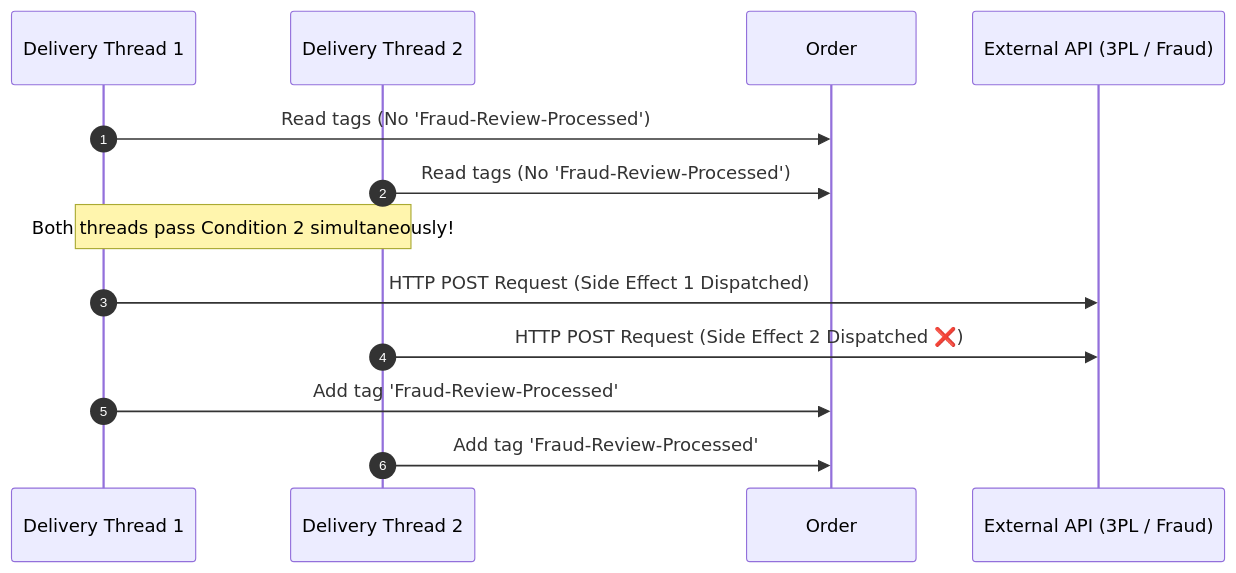
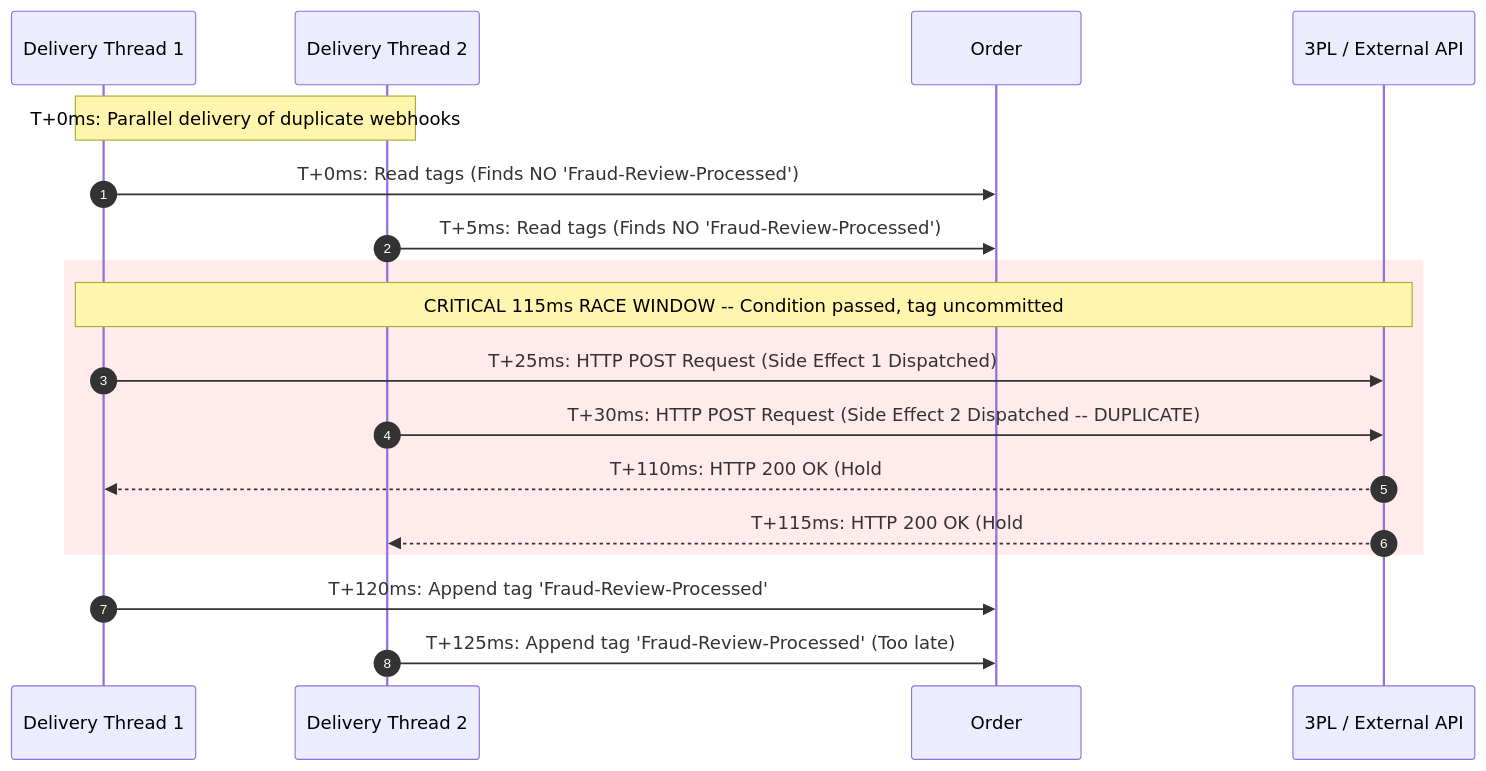
The fourth of 7 diagrams in domain-4-business-automation/MasterDossier-Domain4-WebhookAutomationAndFlowTriage.md (riovicsusas/portfolio), drawn with Mermaid before and after one commit. The commit also changed other lines of this file, not shown here.

Commit message:
domain 4 6.1 mermaid fix

````diff
--- a/domain-4-business-automation/MasterDossier-Domain4-WebhookAutomationAndFlowTriage.md
+++ b/domain-4-business-automation/MasterDossier-Domain4-WebhookAutomationAndFlowTriage.md
@@ -283,16 +283,23 @@
 ```mermaid
 sequenceDiagram
     autonumber
     participant D1 as Delivery Thread 1
     participant D2 as Delivery Thread 2
     participant O as Order #24148 Tags
-    participant F as External API (3PL / Fraud)
+    participant F as 3PL / External API
 
-    D1->>O: Read tags (No 'Fraud-Review-Processed')
-    D2->>O: Read tags (No 'Fraud-Review-Processed')
-    Note over D1,D2: Both threads pass Condition 2 simultaneously!
-    D1->>F: HTTP POST Request (Side Effect 1 Dispatched)
-    D2->>F: HTTP POST Request (Side Effect 2 Dispatched ❌)
-    D1->>O: Add tag 'Fraud-Review-Processed'
-    D2->>O: Add tag 'Fraud-Review-Processed'
+    Note over D1,D2: T+0ms: Parallel delivery of duplicate webhooks
+    D1->>O: T+0ms: Read tags (Finds NO 'Fraud-Review-Processed')
+    D2->>O: T+5ms: Read tags (Finds NO 'Fraud-Review-Processed')
+
+    rect rgb(255, 235, 235)
+    Note over D1,F: CRITICAL 115ms RACE WINDOW -- Condition passed, tag uncommitted
+    D1->>F: T+25ms: HTTP POST Request (Side Effect 1 Dispatched)
+    D2->>F: T+30ms: HTTP POST Request (Side Effect 2 Dispatched -- DUPLICATE)
+    F-->>D1: T+110ms: HTTP 200 OK (Hold #1 Created)
+    F-->>D2: T+115ms: HTTP 200 OK (Hold #2 Created)
+    end
+
+    D1->>O: T+120ms: Append tag 'Fraud-Review-Processed'
+    D2->>O: T+125ms: Append tag 'Fraud-Review-Processed' (Too late)
 ```
````
